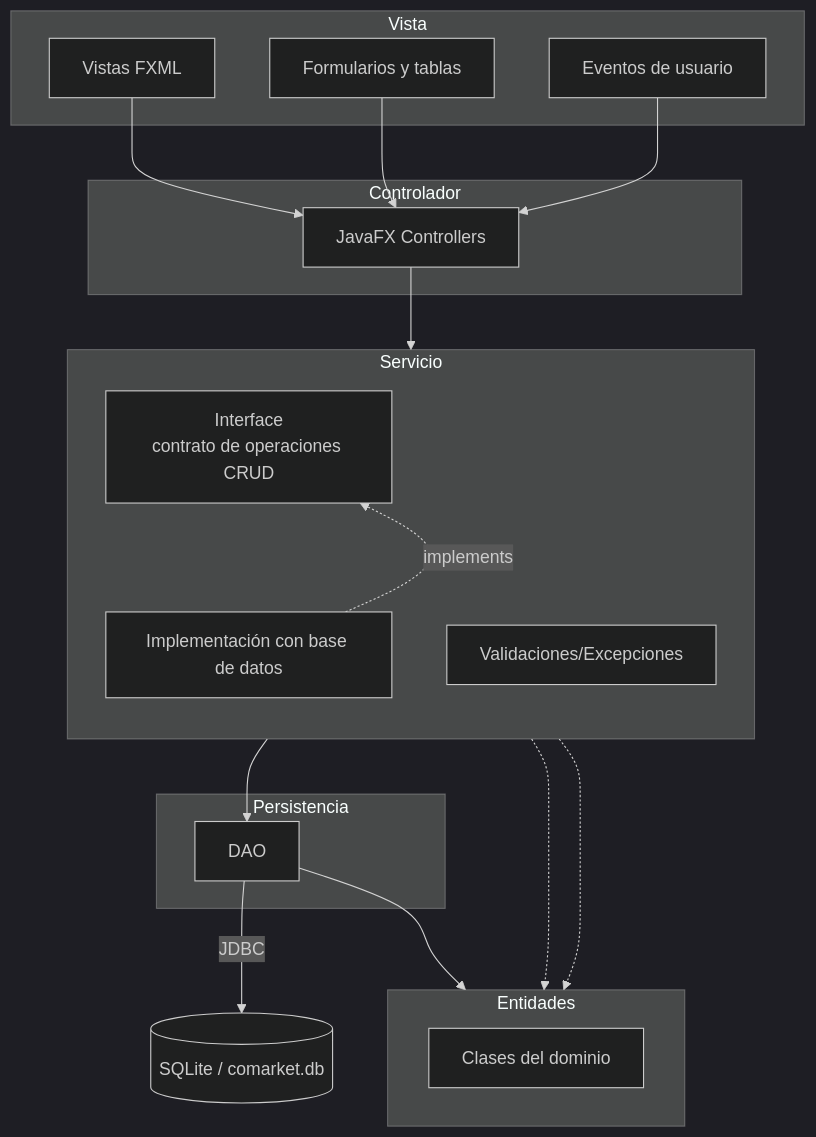
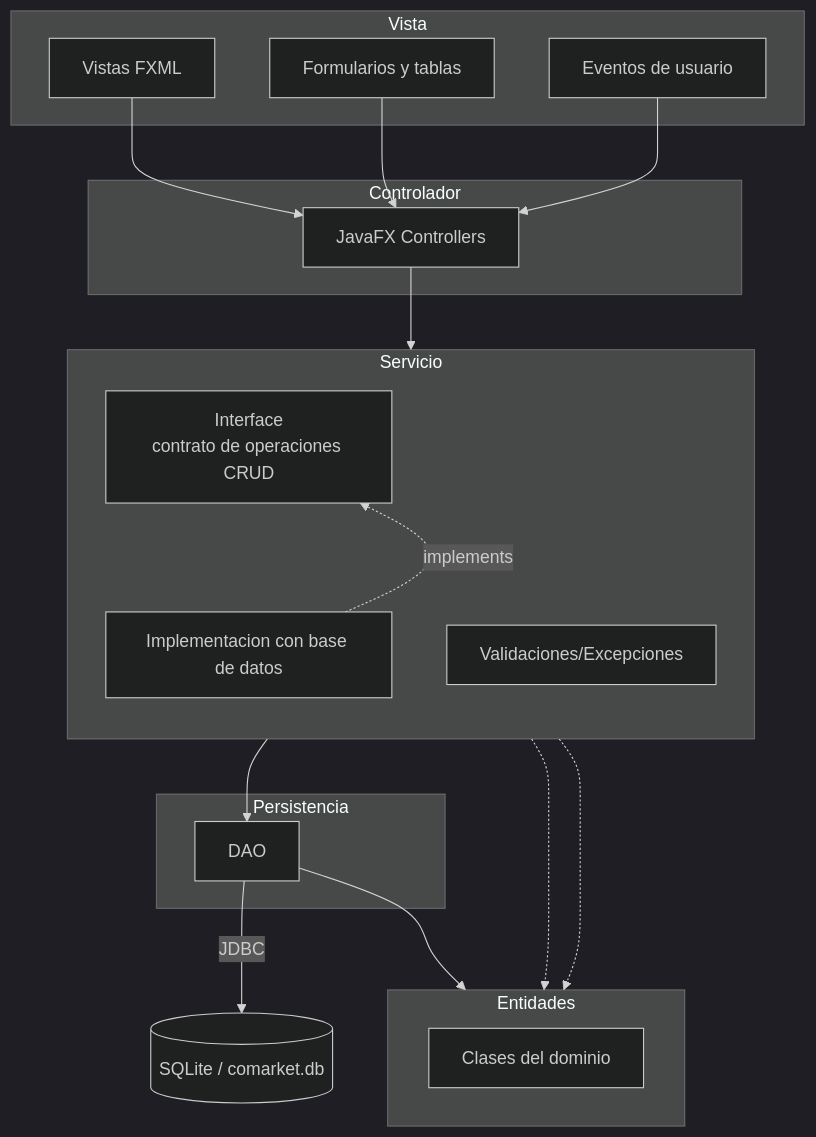
Before and after one commit to 262poo/comarket: the second of 3 diagrams in docs/index.md, drawn with Mermaid (dark theme). The commit also changed other lines of this file and 17 other files, not shown here.

````diff
--- a/docs/index.md
+++ b/docs/index.md
@@ -125,41 +125,41 @@
 ```mermaid
 flowchart TB
     subgraph View["Vista"]
         FXML["Vistas FXML"]
         Formularios["Formularios y tablas"]
         Eventos["Eventos de usuario"]
     end
 
     subgraph Controller["Controlador"]
         Controllers["JavaFX Controllers"]
     end
 
     subgraph Service["Servicio"]
         direction TB
         ServiceInterface["Interface<br/>contrato de operaciones CRUD"]
-        ServiceDbImpl["Implementación con base de datos"]
+        ServiceDbImpl["Implementacion con base de datos"]
         ServiceValidation["Validaciones/Excepciones"]
     end
 
     subgraph Entities["Entidades"]
         EntityNode["Clases del dominio"]
     end
 
     subgraph Persistence["Persistencia"]
         DAO["DAO"]
     end
 
     SQLite[("SQLite / comarket.db")]
 
     FXML --> Controllers
     Formularios --> Controllers
     Eventos --> Controllers
     Controllers --> ServiceInterface
     ServiceInterface ~~~ ServiceDbImpl
     ServiceDbImpl -. implements .-> ServiceInterface
     ServiceInterface -.-> Entities
     ServiceDbImpl -.-> Entities
     ServiceDbImpl --> DAO
     DAO --> Entities
     DAO -->|"JDBC"| SQLite
 ```
````
